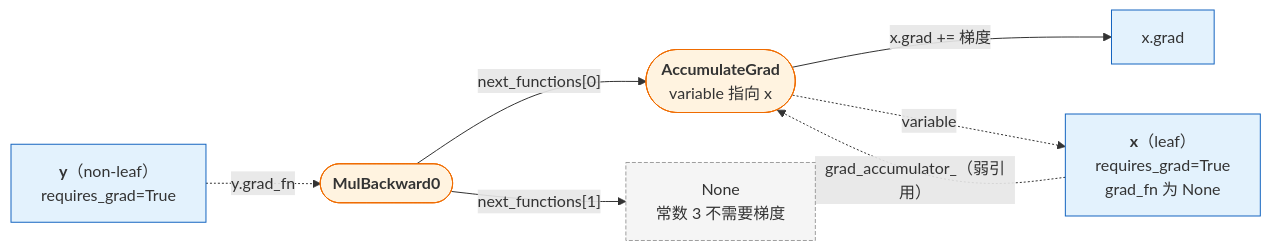
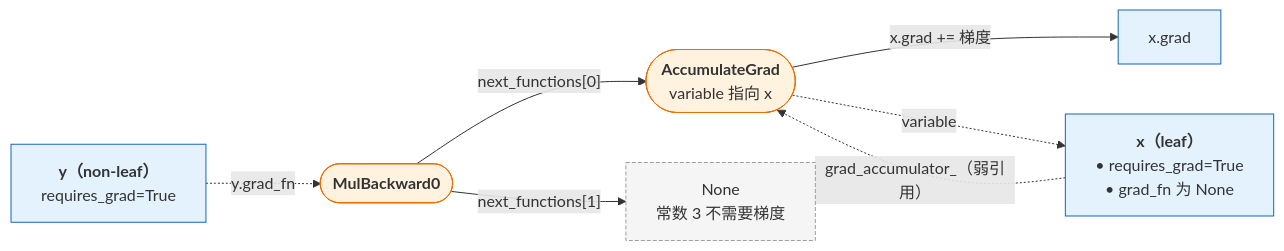
One commit to arganzheng/arganzheng.github.com changed the fourth of 6 diagrams in _posts/2026-02-19-pytorch-autograd-and-dynamic-computation-graph.md. Above: the diagram before and after it, drawn with Mermaid. The commit also changed other lines of this file and 9 other files, not shown here.

First line of the commit message:
PyTorch 系列其余 9 篇：流程图方框改成「标题 + 列表」

````diff
--- a/_posts/2026-02-19-pytorch-autograd-and-dynamic-computation-graph.md
+++ b/_posts/2026-02-19-pytorch-autograd-and-dynamic-computation-graph.md
@@ -698,24 +698,25 @@
 ```mermaid
+%%{init: {"flowchart": {"wrappingWidth": 440}}}%%
 %% 图：y = x * 3 的反向图：MulBackward0 的 next_functions 指向 x 的 AccumulateGrad，AccumulateGrad 把梯度累加进 x.grad；常数 3 对应 None
 flowchart LR
-    y["<b>y</b>（non-leaf）<br/>requires_grad=True"]
+    y["<b>y（non-leaf）</b><br/>requires_grad=True"]
     mul(["<b>MulBackward0</b>"])
     acc(["<b>AccumulateGrad</b><br/>variable 指向 x"])
     none["None<br/>常数 3 不需要梯度"]
-    x["<b>x</b>（leaf）<br/>requires_grad=True<br/>grad_fn 为 None"]
+    x["<b>x（leaf）</b><br/>• requires_grad=True<br/>• grad_fn 为 None"]
     g["x.grad"]
 
     y -. "y.grad_fn" .-> mul
     mul -->|"next_functions[0]"| acc
     mul -->|"next_functions[1]"| none
     acc -->|"x.grad += 梯度"| g
     acc -. "variable" .-> x
     x -. "grad_accumulator_（弱引用）" .-> acc
 
     classDef tensor fill:#e3f2fd,stroke:#1565c0;
     classDef gradfn fill:#fff3e0,stroke:#ef6c00;
     classDef const fill:#f5f5f5,stroke:#9e9e9e,stroke-dasharray:4 2;
     class x,y,g tensor;
     class mul,acc gradfn;
     class none const;
 ```
````
